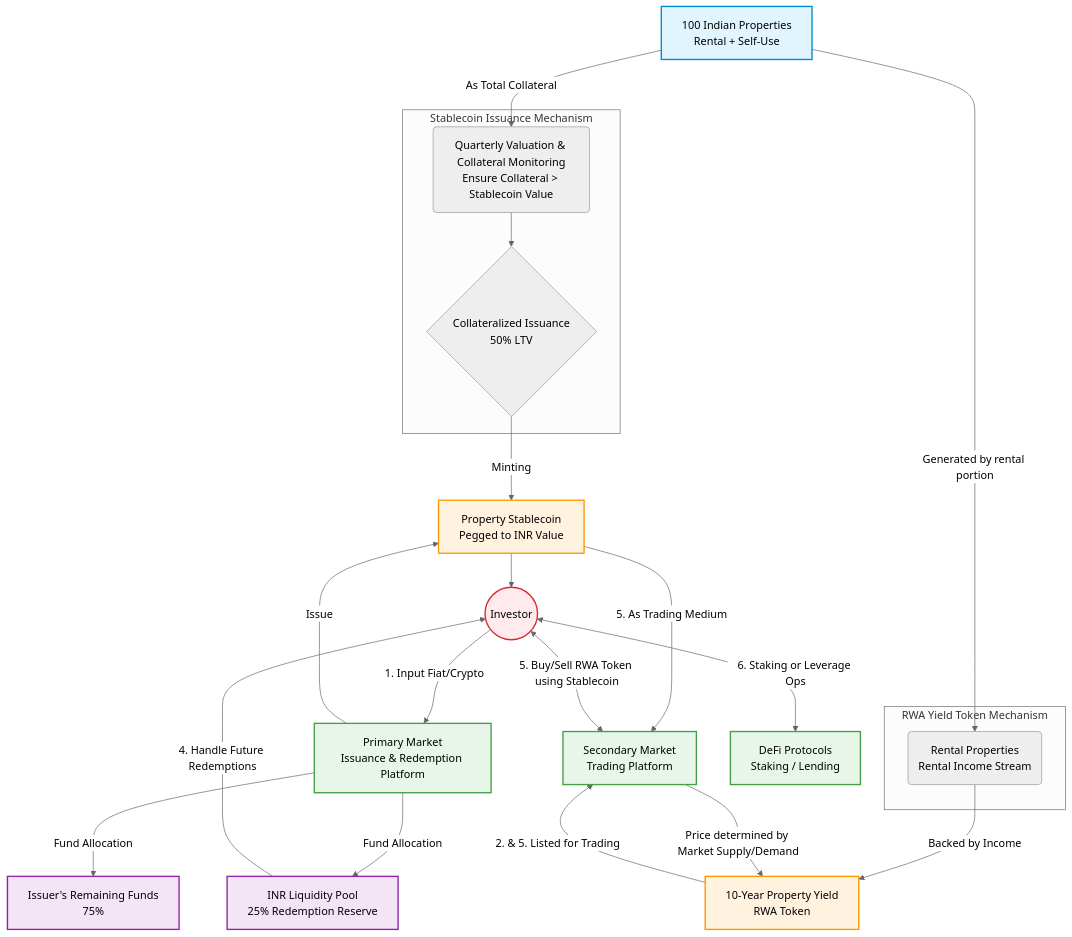
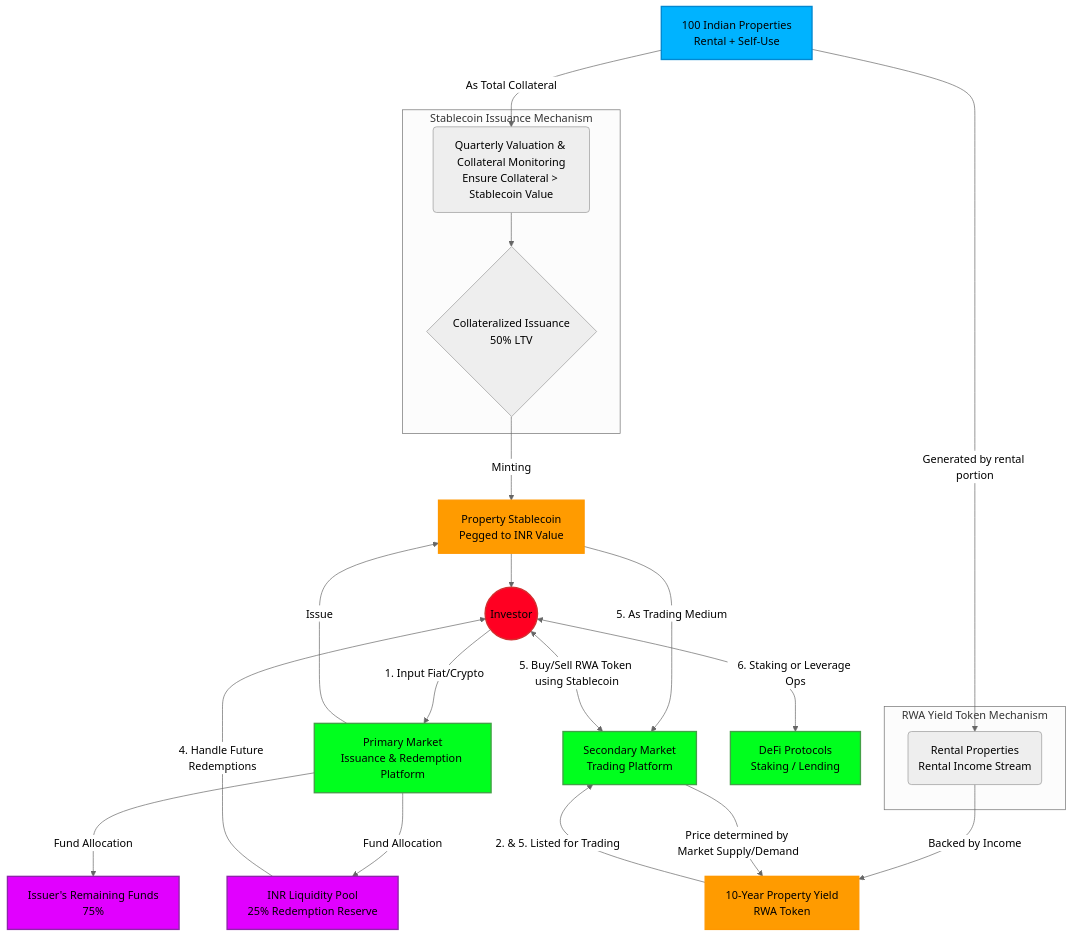
The diagram in Real Estate RWA Stablecoin Market Flow.md (realmatterio/web3), drawn with Mermaid (neutral theme) before and after one commit.

Commit message:
Update Real Estate RWA Stablecoin Market Flow.md

````diff
--- a/Real Estate RWA Stablecoin Market Flow.md
+++ b/Real Estate RWA Stablecoin Market Flow.md
@@ -9,68 +9,68 @@
 ```mermaid
 graph TD
     %% Define Styles
-    classDef asset fill:#e1f5fe,stroke:#0288d1,stroke-width:2px;
-    classDef token fill:#fff3e0,stroke:#ff9800,stroke-width:2px;
-    classDef market fill:#e8f5e9,stroke:#43a047,stroke-width:2px;
-    classDef pool fill:#f3e5f5,stroke:#8e24aa,stroke-width:2px;
-    classDef actor fill:#ffebee,stroke:#d32f2f,stroke-width:2px;
+    classDef asset fill:#00B3FF,stroke:#0288d1,stroke-width:2px;
+    classDef token fill:#FF9B00,stroke:#ff9800,stroke-width:2px;
+    classDef market fill:#00FF1E,stroke:#43a047,stroke-width:2px;
+    classDef pool fill:#E100FF,stroke:#8e24aa,stroke-width:2px;
+    classDef actor fill:#FF0022,stroke:#d32f2f,stroke-width:2px;
 
     %% Core Asset Layer
     Property[100 Indian Properties<br>Rental + Self-Use]:::asset
 
     %% Mechanism Layer: Stablecoin Issuance & Monitoring
     subgraph Stablecoin Issuance Mechanism
         Valuation(Quarterly Valuation & Collateral Monitoring<br>Ensure Collateral > Stablecoin Value)
         Minting{Collateralized Issuance<br>50% LTV}
     end
 
     %% Mechanism Layer: RWA Yield Token Issuance
     subgraph RWA Yield Token Mechanism
         RentalIncome(Rental Properties<br>Rental Income Stream)
     end
 
     %% Token Product Layer
     Stablecoin[Property Stablecoin<br>Pegged to INR Value]:::token
     RWAToken[10-Year Property Yield<br>RWA Token]:::token
 
     %% Market & Pool Layer
     PrimaryMarket[Primary Market<br>Issuance & Redemption Platform]:::market
     SecondaryMarket[Secondary Market<br>Trading Platform]:::market
     LiquidityPool[INR Liquidity Pool<br>25% Redemption Reserve]:::pool
     IssuerFund[Issuer's Remaining Funds<br>75%]:::pool
     DeFiProtos[DeFi Protocols<br>Staking / Lending]:::market
 
     %% Participants
     Investor((Investor)):::actor
 
     %% Flow Connections - Stablecoin Path
     Property -->|As Total Collateral| Valuation
     Valuation --> Minting
     Minting -->|Minting| Stablecoin
 
     Investor -->|1. Input Fiat/Crypto| PrimaryMarket
     PrimaryMarket -->|Issue| Stablecoin --> Investor
     PrimaryMarket -->|Fund Allocation| LiquidityPool
     PrimaryMarket -->|Fund Allocation| IssuerFund
 
     LiquidityPool -->|4. Handle Future Redemptions| Investor
     Investor <-->|6. Staking or Leverage Ops| DeFiProtos
 
     %% Flow Connections - RWA Token Path
     Property -->|Generated by rental portion| RentalIncome
     RentalIncome -->|Backed by Income| RWAToken
 
     %% Flow Connections - Secondary Market Interaction
     RWAToken -->|2. & 5. Listed for Trading| SecondaryMarket
     Stablecoin -->|5. As Trading Medium| SecondaryMarket
     Investor <-->|5. Buy/Sell RWA Token using Stablecoin| SecondaryMarket
     SecondaryMarket -->|Price determined by Market Supply/Demand| RWAToken
 
     %% Key to User Points:
     %% 1. Collateralized Stablecoin & Quarterly Valuation (Valuation, Minting, Stablecoin)
     %% 2. Rental Income back RWA Token (RentalIncome, RWAToken)
     %% 3. Primary Market Issuance (PrimaryMarket, Investor)
     %% 4. 25% Liquidity Pool Reserve (LiquidityPool)
     %% 5. Secondary Market RWA Trading (SecondaryMarket, Stablecoin as medium)
     %% 6. DeFi Operations (DeFiProtos)
 ```
````
